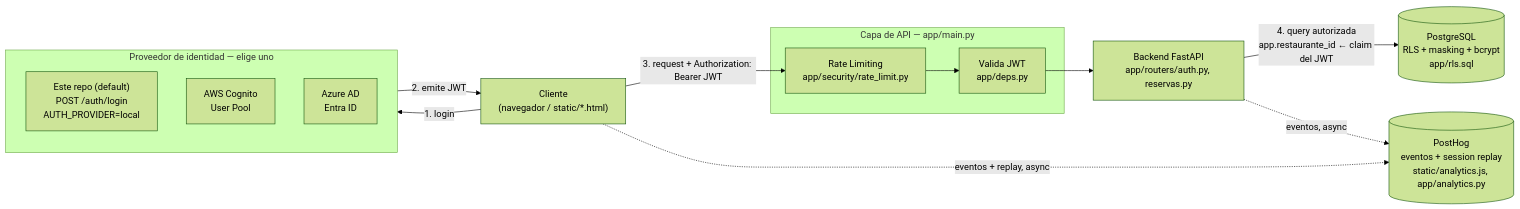
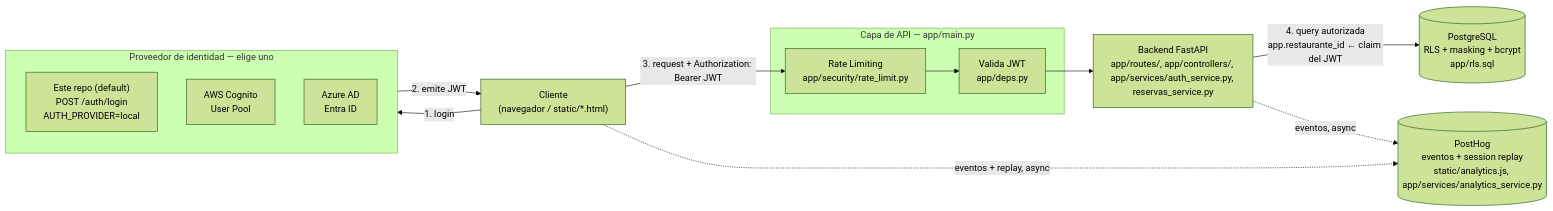
The diagram in clase10-testing-seguridad/docs/security-architecture.md (ngonza27/trayectoria_dllo_software), drawn with Mermaid (forest theme) before and after one commit. The commit also changed other lines of this file and 53 other files, not shown here.

````diff
--- a/clase10-testing-seguridad/docs/security-architecture.md
+++ b/clase10-testing-seguridad/docs/security-architecture.md
@@ -9,27 +9,27 @@
 ```mermaid
 graph LR
     Client["Cliente<br/>(navegador / static/*.html)"]
 
     subgraph IdP["Proveedor de identidad — elige uno"]
         Local["Este repo (default)<br/>POST /auth/login<br/>AUTH_PROVIDER=local"]
         Cognito["AWS Cognito<br/>User Pool"]
         Azure["Azure AD<br/>Entra ID"]
     end
 
     subgraph API["Capa de API — app/main.py"]
         RateLimit["Rate Limiting<br/>app/security/rate_limit.py"]
         JWTValidate["Valida JWT<br/>app/deps.py"]
     end
 
-    Backend["Backend FastAPI<br/>app/routers/auth.py, reservas.py"]
+    Backend["Backend FastAPI<br/>app/routes/, app/controllers/, app/services/auth_service.py, reservas_service.py"]
     DB[("PostgreSQL<br/>RLS + masking + bcrypt<br/>app/rls.sql")]
-    PostHog[("PostHog<br/>eventos + session replay<br/>static/analytics.js, app/analytics.py")]
+    PostHog[("PostHog<br/>eventos + session replay<br/>static/analytics.js, app/services/analytics_service.py")]
 
     Client -->|1. login| IdP
     IdP -->|2. emite JWT| Client
     Client -->|3. request + Authorization: Bearer JWT| RateLimit
     RateLimit --> JWTValidate --> Backend
     Backend -->|4. query autorizada<br/>app.restaurante_id ← claim del JWT| DB
     Client -.->|eventos + replay, async| PostHog
     Backend -.->|eventos, async| PostHog
 ```
````
